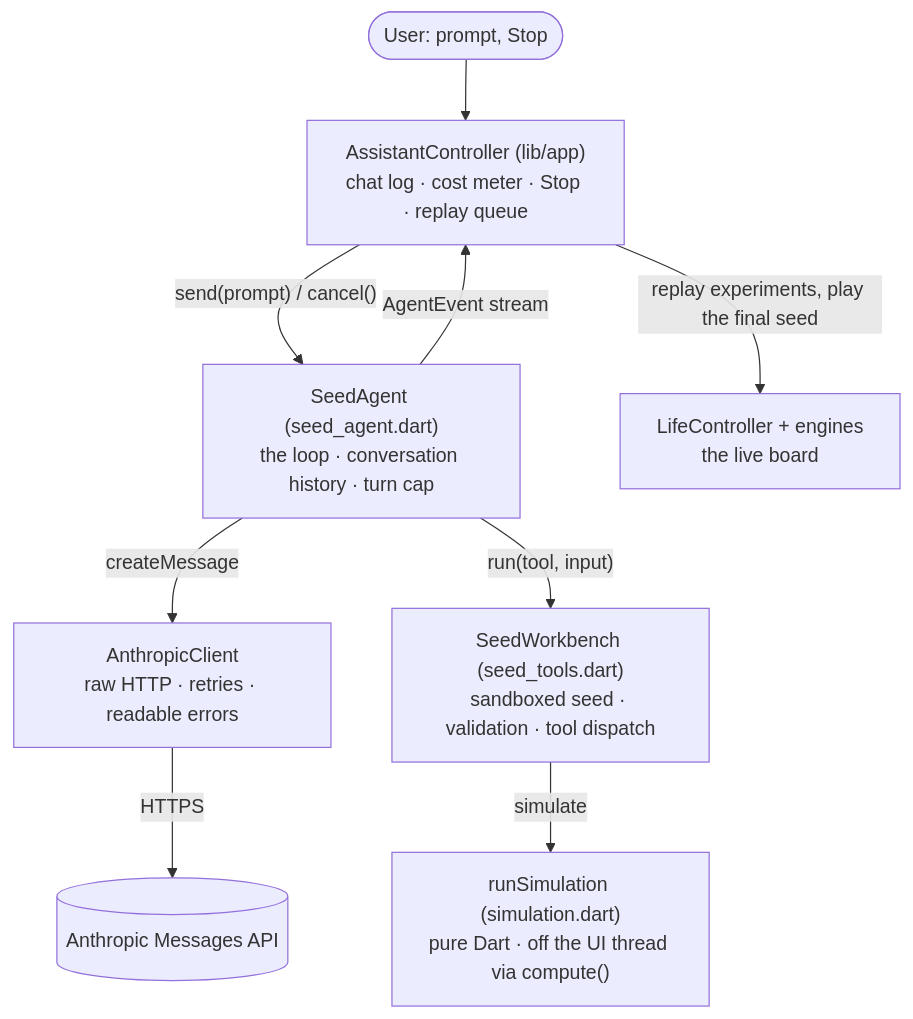
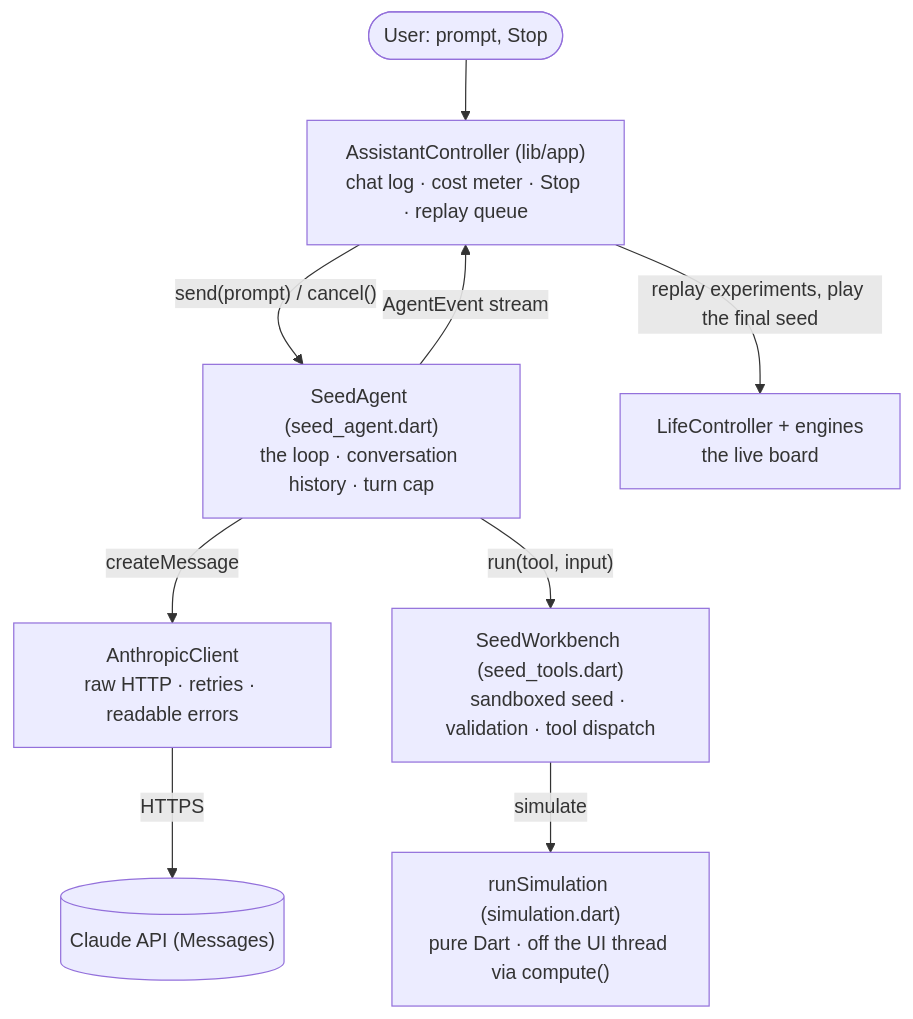
One commit to shanepkearney/life-with-ai changed the first of 2 diagrams in README.md. Above: the diagram before and after it, drawn with Mermaid. The commit also changed other lines of this file, not shown here.

Commit message:
docs: label the Claude API as such in the harness diagrams
"Messages API" is Anthropic's endpoint name; "Claude API (Messages)" reads at a glance.

````diff
--- a/README.md
+++ b/README.md
@@ -214,14 +214,14 @@
 ```mermaid
 flowchart TD
     User(["User: prompt, Stop"]) --> AC
     AC["AssistantController (lib/app)<br/>chat log · cost meter · Stop · replay queue"]
     AC -- "send(prompt) / cancel()" --> SA
     SA -- "AgentEvent stream" --> AC
     SA["SeedAgent (seed_agent.dart)<br/>the loop · conversation history · turn cap"]
     SA -- "createMessage" --> CL
-    CL["AnthropicClient<br/>raw HTTP · retries · readable errors"] -- "HTTPS" --> API[("Anthropic Messages API")]
+    CL["AnthropicClient<br/>raw HTTP · retries · readable errors"] -- "HTTPS" --> API[("Claude API (Messages)")]
     SA -- "run(tool, input)" --> WB
     WB["SeedWorkbench (seed_tools.dart)<br/>sandboxed seed · validation · tool dispatch"]
     WB -- "simulate" --> SIM["runSimulation (simulation.dart)<br/>pure Dart · off the UI thread via compute()"]
     AC -- "replay experiments, play the final seed" --> Board["LifeController + engines<br/>the live board"]
 ```
````
